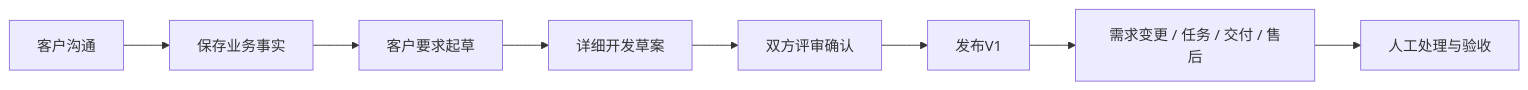
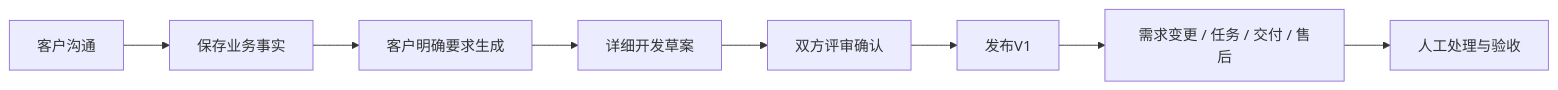
Before and after one commit to xiaoyueQH/SmartDraft-AI-: the diagram in README.md, drawn with Mermaid. The commit also changed other lines of this file and 49 other files, not shown here.

````diff
--- a/README.md
+++ b/README.md
@@ -22,10 +30,10 @@
 ```mermaid
 flowchart LR
     A["客户沟通"] --> B["保存业务事实"]
-    B --> C["客户要求起草"]
+    B --> C["客户明确要求生成"]
     C --> D["详细开发草案"]
     D --> E["双方评审确认"]
     E --> F["发布V1"]
     F --> G["需求变更 / 任务 / 交付 / 售后"]
     G --> H["人工处理与验收"]
 ```
````
